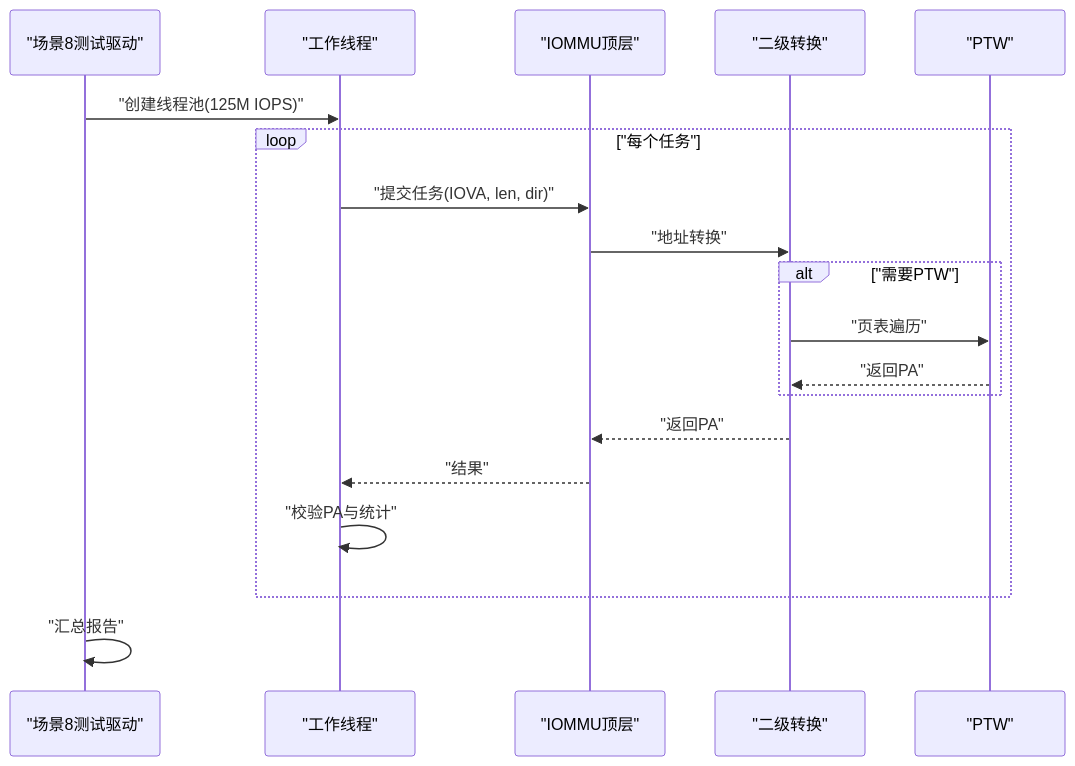
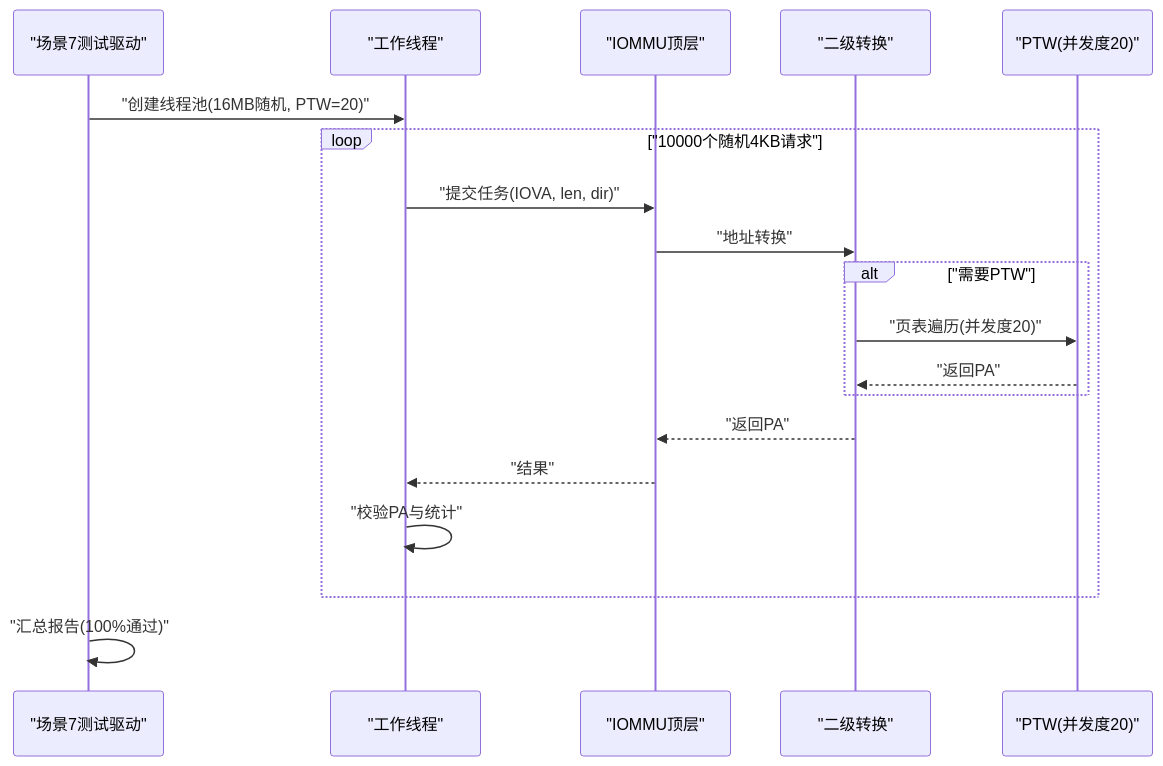
Before and after one commit to jiangjiang1122/iommu_model_20260401_v1: the sixth of 9 diagrams in .qoder/repowiki/zh/content/测试与验证/Scenario 8大页测试框架.md, drawn with Mermaid. The commit also changed other lines of this file and 159 other files, not shown here.

Commit message:
chore: 更新知识库文档 + 新增PTW并发分析图表与数据文件

````diff
--- a/.qoder/repowiki/zh/content/测试与验证/Scenario 8大页测试框架.md
+++ b/.qoder/repowiki/zh/content/测试与验证/Scenario 8大页测试框架.md
@@ -263,21 +265,21 @@
 ```mermaid
 sequenceDiagram
-participant Driver as "场景8测试驱动"
+participant Driver7 as "场景7测试驱动"
 participant Thread as "工作线程"
 participant Top as "IOMMU顶层"
 participant ST as "二级转换"
-participant PTW as "PTW"
-Driver->>Thread : "创建线程池(125M IOPS)"
-loop "每个任务"
+participant PTW as "PTW(并发度20)"
+Driver7->>Thread : "创建线程池(16MB随机, PTW=20)"
+loop "10000个随机4KB请求"
 Thread->>Top : "提交任务(IOVA, len, dir)"
 Top->>ST : "地址转换"
 alt "需要PTW"
-ST->>PTW : "页表遍历"
+ST->>PTW : "页表遍历(并发度20)"
 PTW-->>ST : "返回PA"
 end
 ST-->>Top : "返回PA"
 Top-->>Thread : "结果"
 Thread->>Thread : "校验PA与统计"
 end
-Driver->>Driver : "汇总报告"
+Driver7->>Driver7 : "汇总报告(100%通过)"
 ```
````
